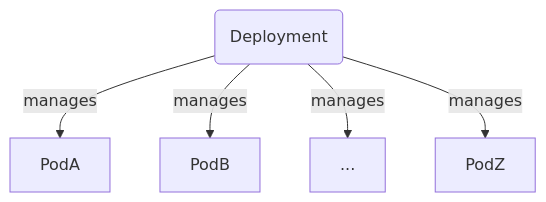
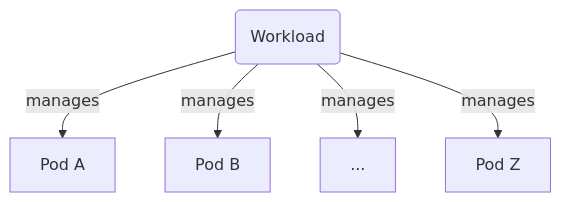
One commit to amcginlay/k8s-primer changed the first of 2 diagrams in content/020_deploy_pod_fleet/_index.md. Above: the diagram before and after it, drawn with Mermaid. The commit also changed other lines of this file, not shown here.

```diff
--- a/content/020_deploy_pod_fleet/_index.md
+++ b/content/020_deploy_pod_fleet/_index.md
@@ -21,7 +21,7 @@
 {{< mermaid >}}
 graph TB
-deployment(Deployment)-->|manages|podA[PodA]
-deployment-->|manages|podB[PodB]
+deployment(Workload)-->|manages|podA[Pod A]
+deployment-->|manages|podB[Pod B]
 deployment-->|manages|podM[...]
-deployment-->|manages|podZ[PodZ]
+deployment-->|manages|podZ[Pod Z]
 {{< /mermaid >}}
```
